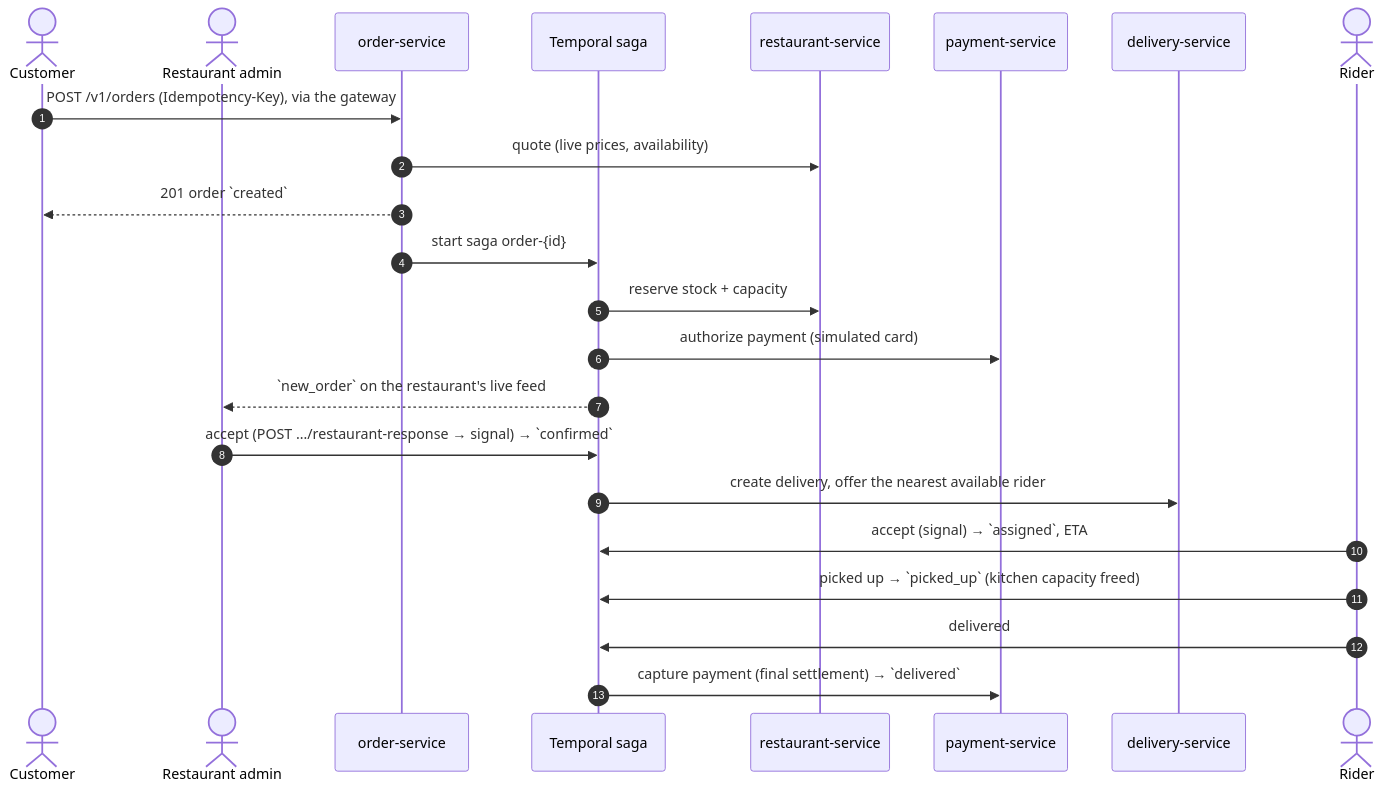
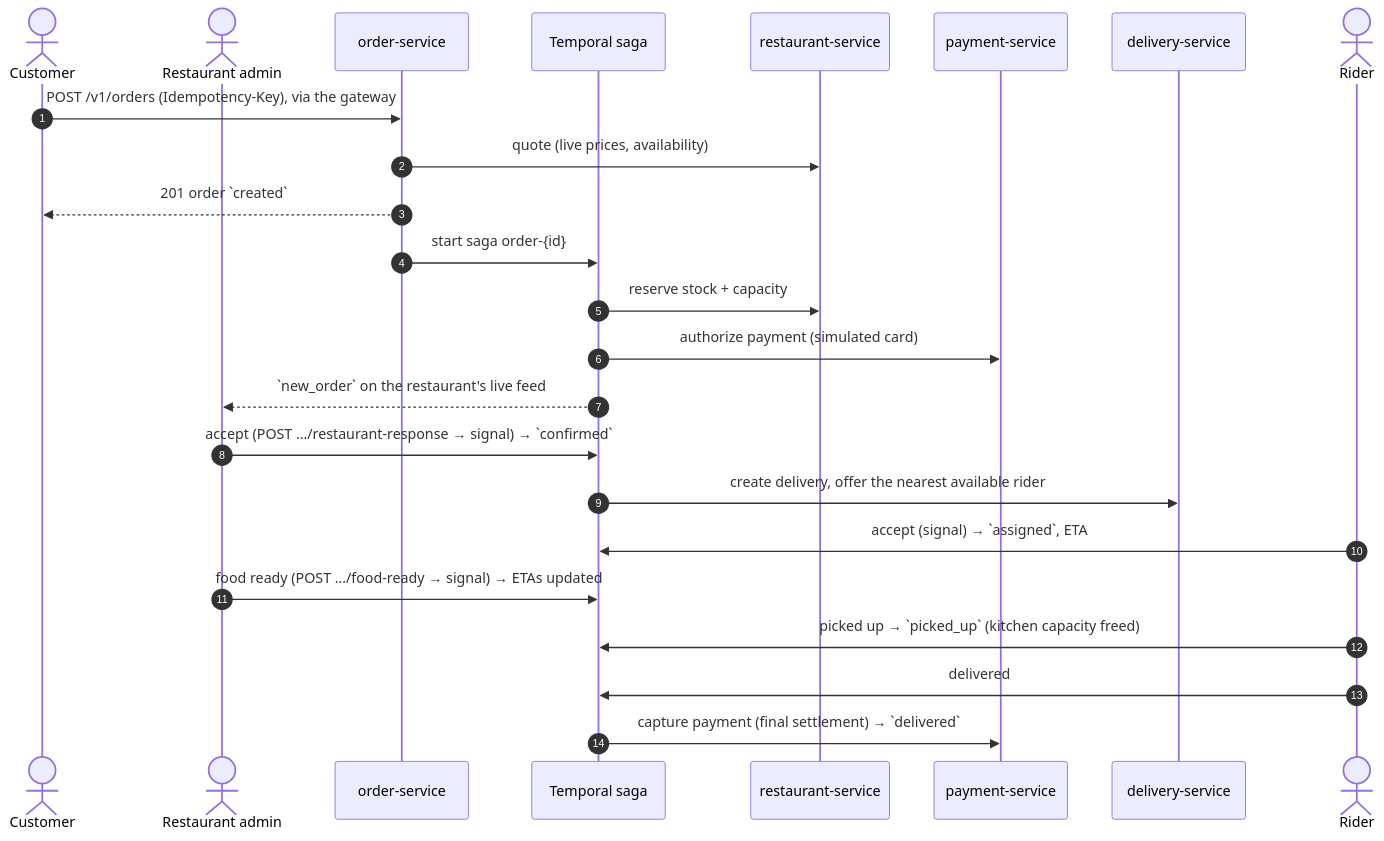
Before and after one commit to umer-emumba/smartfoodops-ms: the diagram in README.md, drawn with Mermaid. The commit also changed other lines of this file and 3 other files, not shown here.

First line of the commit message:
Docs: catch up with food ready, saga deadlines and the improvements

````diff
--- a/README.md
+++ b/README.md
@@ -71,26 +71,27 @@
 ```mermaid
 sequenceDiagram
     autonumber
     actor C as Customer
     actor A as Restaurant admin
     participant OS as order-service
     participant T as Temporal saga
     participant RS as restaurant-service
     participant PS as payment-service
     participant DS as delivery-service
     actor R as Rider
 
     C->>OS: POST /v1/orders (Idempotency-Key), via the gateway
     OS->>RS: quote (live prices, availability)
     OS-->>C: 201 order `created`
     OS->>T: start saga order-{id}
     T->>RS: reserve stock + capacity
     T->>PS: authorize payment (simulated card)
     T-->>A: `new_order` on the restaurant's live feed
     A->>T: accept (POST …/restaurant-response → signal) → `confirmed`
     T->>DS: create delivery, offer the nearest available rider
     R->>T: accept (signal) → `assigned`, ETA
+    A->>T: food ready (POST …/food-ready → signal) → ETAs updated
     R->>T: picked up → `picked_up` (kitchen capacity freed)
     R->>T: delivered
     T->>PS: capture payment (final settlement) → `delivered`
 ```
````
